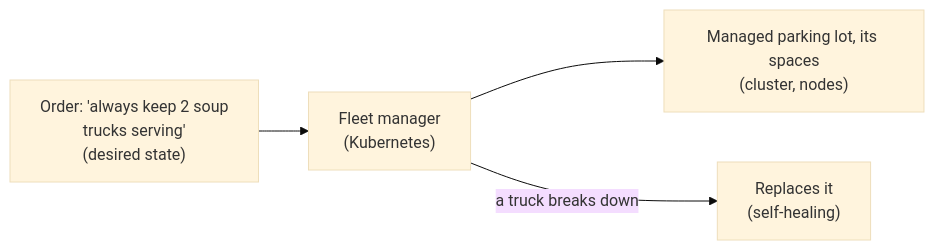
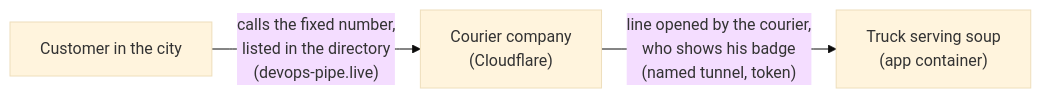
Before and after one commit to Bende-KBB/devops-lab: the seventh of 9 diagrams in docs/explanation/analogy.md, drawn with Mermaid (base theme). The commit also changed other lines of this file and 8 other files, not shown here.

````diff
--- a/docs/explanation/analogy.md
+++ b/docs/explanation/analogy.md
@@ -98,6 +98,5 @@
 ```mermaid
 flowchart LR
-    ORD["Order: 'always keep 2 soup<br/>trucks serving'<br/>(desired state)"] --> FM["Fleet manager<br/>(Kubernetes)"]
-    FM --> LOT["Managed parking lot, its spaces<br/>(cluster, nodes)"]
-    FM -->|"a truck breaks down"| NEW["Replaces it<br/>(self-healing)"]
+    C["Customer in the city"] -->|"calls the fixed number,<br/>listed in the directory<br/>(devops-pipe.live)"| CO["Courier company<br/>(Cloudflare)"]
+    CO -->|"line opened by the courier,<br/>who shows his badge<br/>(named tunnel, token)"| T["Truck serving soup<br/>(app container)"]
 ```
````
